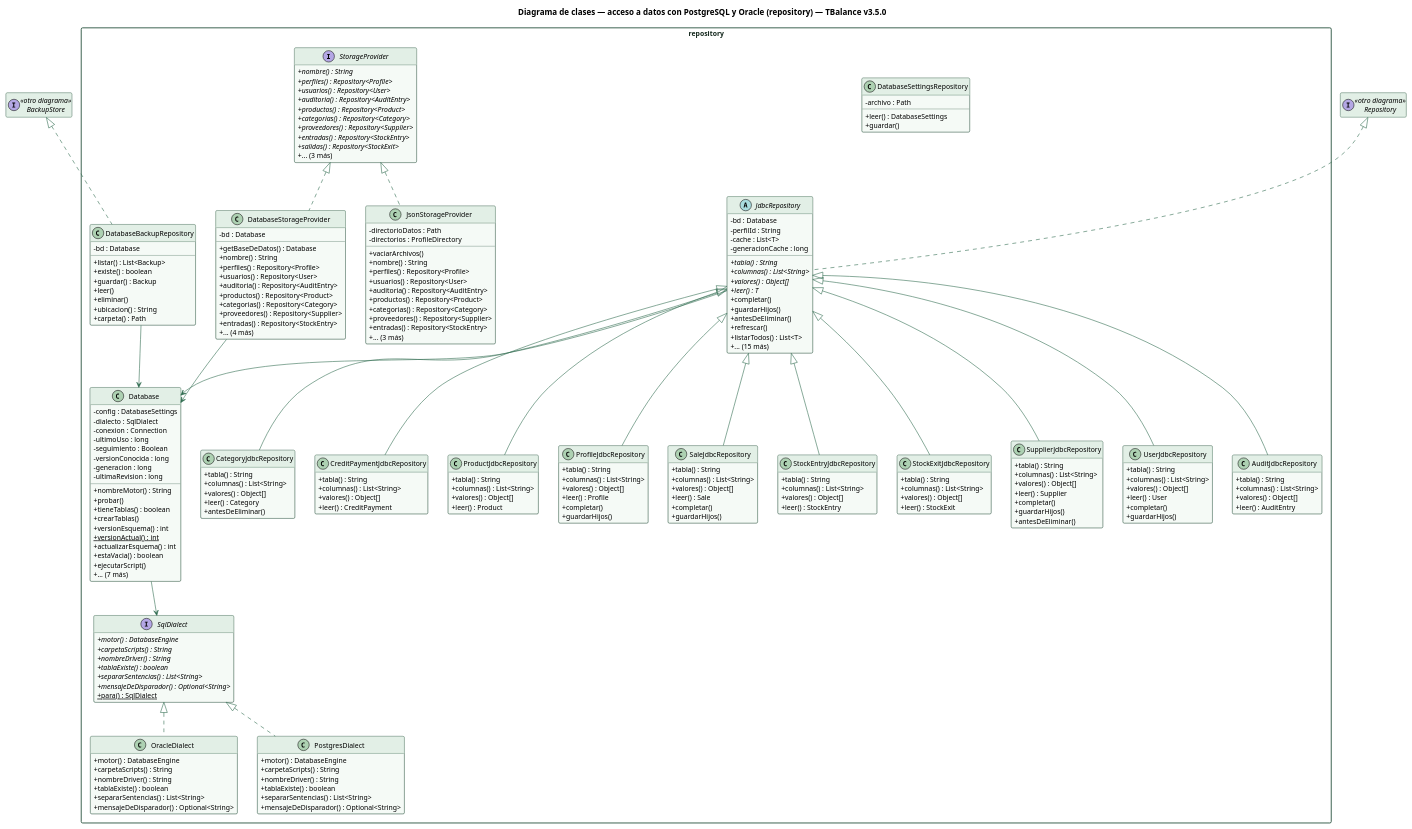
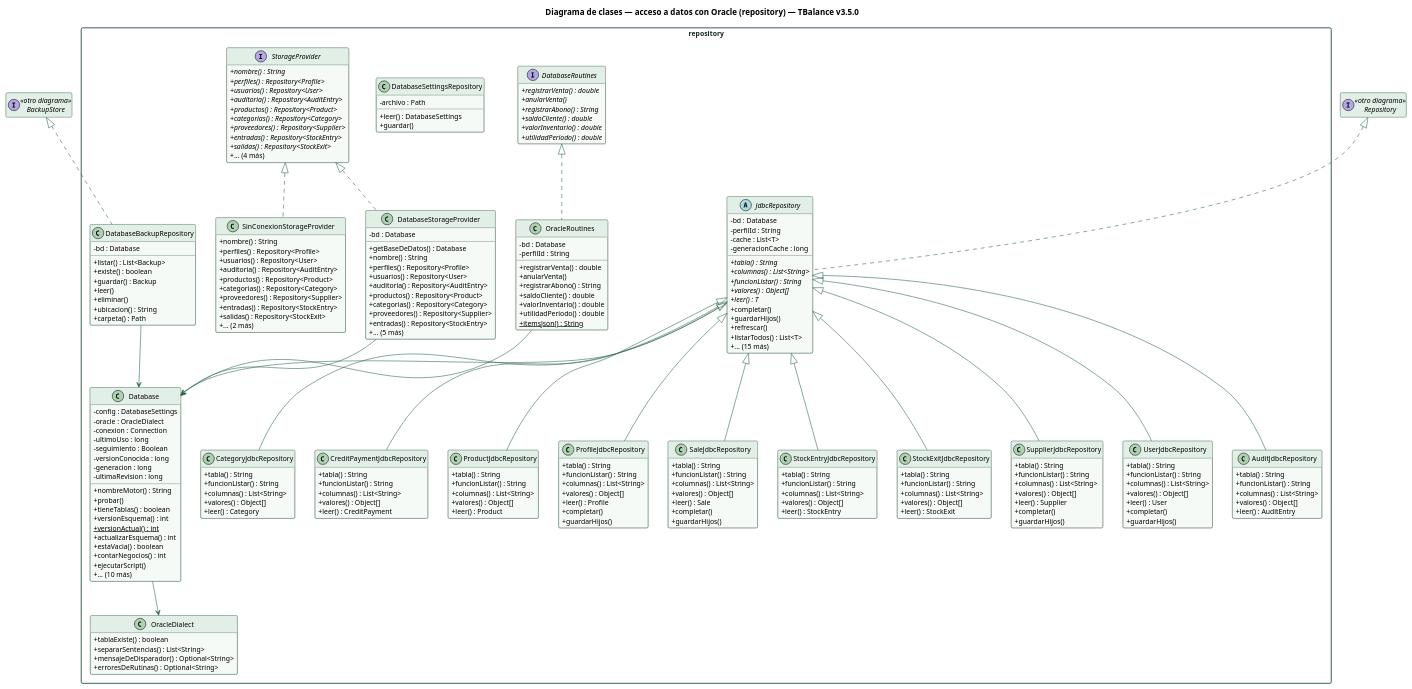
Before and after one commit to erickf-dev/TBalance: the diagram in docs/diagramas/clases-persistencia-bd.puml, drawn with PlantUML. The commit also changed 74 other files, not shown here.

First line of the commit message:
feat: Oracle only, all data access with PL/SQL functions and procedures

```diff
--- a/docs/diagramas/clases-persistencia-bd.puml
+++ b/docs/diagramas/clases-persistencia-bd.puml
@@ -16,31 +16,33 @@
 }
 hide empty members
 
-title Diagrama de clases — acceso a datos con PostgreSQL y Oracle (repository) — TBalance v3.5.0
+title Diagrama de clases — acceso a datos con Oracle (repository) — TBalance v3.5.0
 
 package repository {
 class AuditJdbcRepository {
   + tabla() : String
+  + funcionListar() : String
   + columnas() : List<String>
   + valores() : Object[]
   + leer() : AuditEntry
 }
 class CategoryJdbcRepository {
   + tabla() : String
+  + funcionListar() : String
   + columnas() : List<String>
   + valores() : Object[]
   + leer() : Category
-  + antesDeEliminar()
 }
 class CreditPaymentJdbcRepository {
   + tabla() : String
+  + funcionListar() : String
   + columnas() : List<String>
   + valores() : Object[]
   + leer() : CreditPayment
 }
 class Database {
   - config : DatabaseSettings
-  - dialecto : SqlDialect
+  - oracle : OracleDialect
   - conexion : Connection
   - ultimoUso : long
   - seguimiento : Boolean
@@ -50,13 +52,13 @@
   + nombreMotor() : String
   + probar()
   + tieneTablas() : boolean
-  + crearTablas()
   + versionEsquema() : int
   + {static} versionActual() : int
   + actualizarEsquema() : int
   + estaVacia() : boolean
+  + contarNegocios() : int
   + ejecutarScript()
-  + ... (7 más)
+  + ... (10 más)
 }
 class DatabaseBackupRepository {
   - bd : Database
@@ -67,6 +69,14 @@
   + eliminar()
   + ubicacion() : String
   + carpeta() : Path
+}
+interface DatabaseRoutines {
+  + {abstract} registrarVenta() : double
+  + {abstract} anularVenta()
+  + {abstract} registrarAbono() : String
+  + {abstract} saldoCliente() : double
+  + {abstract} valorInventario() : double
+  + {abstract} utilidadPeriodo() : double
 }
 class DatabaseSettingsRepository {
   - archivo : Path
@@ -84,7 +94,7 @@
   + categorias() : Repository<Category>
   + proveedores() : Repository<Supplier>
   + entradas() : Repository<StockEntry>
-  + ... (4 más)
+  + ... (5 más)
 }
 abstract class JdbcRepository {
   - bd : Database
@@ -93,19 +103,58 @@
   - generacionCache : long
   + {abstract} tabla() : String
   + {abstract} columnas() : List<String>
+  + {abstract} funcionListar() : String
   + {abstract} valores() : Object[]
   + {abstract} leer() : T
   + completar()
   + guardarHijos()
-  + antesDeEliminar()
   + refrescar()
   + listarTodos() : List<T>
   + ... (15 más)
 }
-class JsonStorageProvider {
-  - directorioDatos : Path
-  - directorios : ProfileDirectory
-  + vaciarArchivos()
+class OracleDialect {
+  + tablaExiste() : boolean
+  + separarSentencias() : List<String>
+  + mensajeDeDisparador() : Optional<String>
+  + erroresDeRutinas() : Optional<String>
+}
+class OracleRoutines {
+  - bd : Database
+  - perfilId : String
+  + registrarVenta() : double
+  + anularVenta()
+  + registrarAbono() : String
+  + saldoCliente() : double
+  + valorInventario() : double
+  + utilidadPeriodo() : double
+  + {static} itemsJson() : String
+}
+class ProductJdbcRepository {
+  + tabla() : String
+  + funcionListar() : String
+  + columnas() : List<String>
+  + valores() : Object[]
+  + leer() : Product
+}
+class ProfileJdbcRepository {
+  + tabla() : String
+  + funcionListar() : String
+  + columnas() : List<String>
+  + valores() : Object[]
+  + leer() : Profile
+  + completar()
+  + guardarHijos()
+}
+class SaleJdbcRepository {
+  + tabla() : String
+  + funcionListar() : String
+  + columnas() : List<String>
+  + valores() : Object[]
+  + leer() : Sale
+  + completar()
+  + guardarHijos()
+}
+class SinConexionStorageProvider {
   + nombre() : String
   + perfiles() : Repository<Profile>
   + usuarios() : Repository<User>
@@ -114,63 +163,19 @@
   + categorias() : Repository<Category>
   + proveedores() : Repository<Supplier>
   + entradas() : Repository<StockEntry>
-  + ... (3 más)
-}
-class OracleDialect {
-  + motor() : DatabaseEngine
-  + carpetaScripts() : String
-  + nombreDriver() : String
-  + tablaExiste() : boolean
-  + separarSentencias() : List<String>
-  + mensajeDeDisparador() : Optional<String>
-}
-class PostgresDialect {
-  + motor() : DatabaseEngine
-  + carpetaScripts() : String
-  + nombreDriver() : String
-  + tablaExiste() : boolean
-  + separarSentencias() : List<String>
-  + mensajeDeDisparador() : Optional<String>
-}
-class ProductJdbcRepository {
-  + tabla() : String
-  + columnas() : List<String>
-  + valores() : Object[]
-  + leer() : Product
-}
-class ProfileJdbcRepository {
-  + tabla() : String
-  + columnas() : List<String>
-  + valores() : Object[]
-  + leer() : Profile
-  + completar()
-  + guardarHijos()
-}
-class SaleJdbcRepository {
-  + tabla() : String
-  + columnas() : List<String>
-  + valores() : Object[]
-  + leer() : Sale
-  + completar()
-  + guardarHijos()
-}
-interface SqlDialect {
-  + {abstract} motor() : DatabaseEngine
-  + {abstract} carpetaScripts() : String
-  + {abstract} nombreDriver() : String
-  + {abstract} tablaExiste() : boolean
-  + {abstract} separarSentencias() : List<String>
-  + {abstract} mensajeDeDisparador() : Optional<String>
-  + {static} para() : SqlDialect
+  + salidas() : Repository<StockExit>
+  + ... (2 más)
 }
 class StockEntryJdbcRepository {
   + tabla() : String
+  + funcionListar() : String
   + columnas() : List<String>
   + valores() : Object[]
   + leer() : StockEntry
 }
 class StockExitJdbcRepository {
   + tabla() : String
+  + funcionListar() : String
   + columnas() : List<String>
   + valores() : Object[]
   + leer() : StockExit
@@ -185,19 +190,20 @@
   + {abstract} proveedores() : Repository<Supplier>
   + {abstract} entradas() : Repository<StockEntry>
   + {abstract} salidas() : Repository<StockExit>
-  + ... (3 más)
+  + ... (4 más)
 }
 class SupplierJdbcRepository {
   + tabla() : String
+  + funcionListar() : String
   + columnas() : List<String>
   + valores() : Object[]
   + leer() : Supplier
   + completar()
   + guardarHijos()
-  + antesDeEliminar()
 }
 class UserJdbcRepository {
   + tabla() : String
+  + funcionListar() : String
   + columnas() : List<String>
   + valores() : Object[]
   + leer() : User
@@ -208,8 +214,9 @@
 interface BackupStore <<otro diagrama>>
 interface Repository <<otro diagrama>>
 BackupStore <|.. DatabaseBackupRepository
-Database --> SqlDialect
+Database --> OracleDialect
 DatabaseBackupRepository --> Database
+DatabaseRoutines <|.. OracleRoutines
 DatabaseStorageProvider --> Database
 JdbcRepository --> Database
 JdbcRepository <|-- AuditJdbcRepository
@@ -222,9 +229,8 @@
 JdbcRepository <|-- StockExitJdbcRepository
 JdbcRepository <|-- SupplierJdbcRepository
 JdbcRepository <|-- UserJdbcRepository
+OracleRoutines --> Database
 Repository <|.. JdbcRepository
-SqlDialect <|.. OracleDialect
-SqlDialect <|.. PostgresDialect
 StorageProvider <|.. DatabaseStorageProvider
-StorageProvider <|.. JsonStorageProvider
+StorageProvider <|.. SinConexionStorageProvider
 @enduml
```
